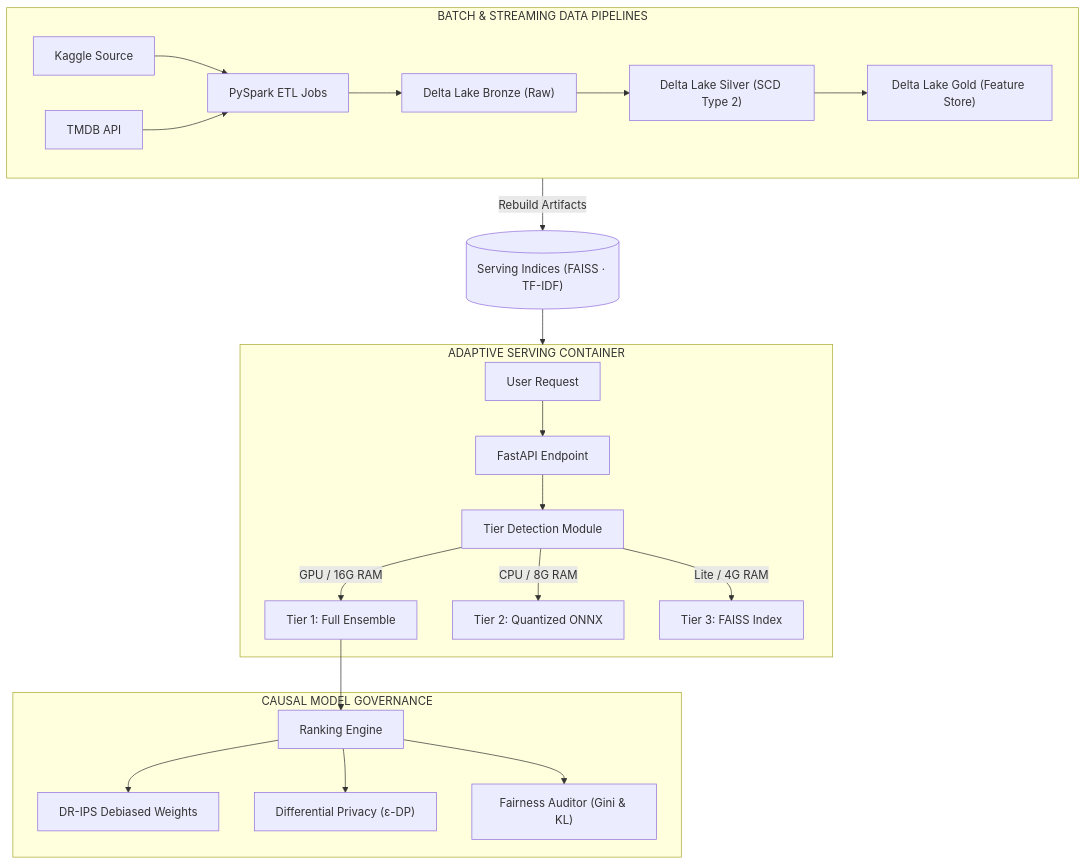
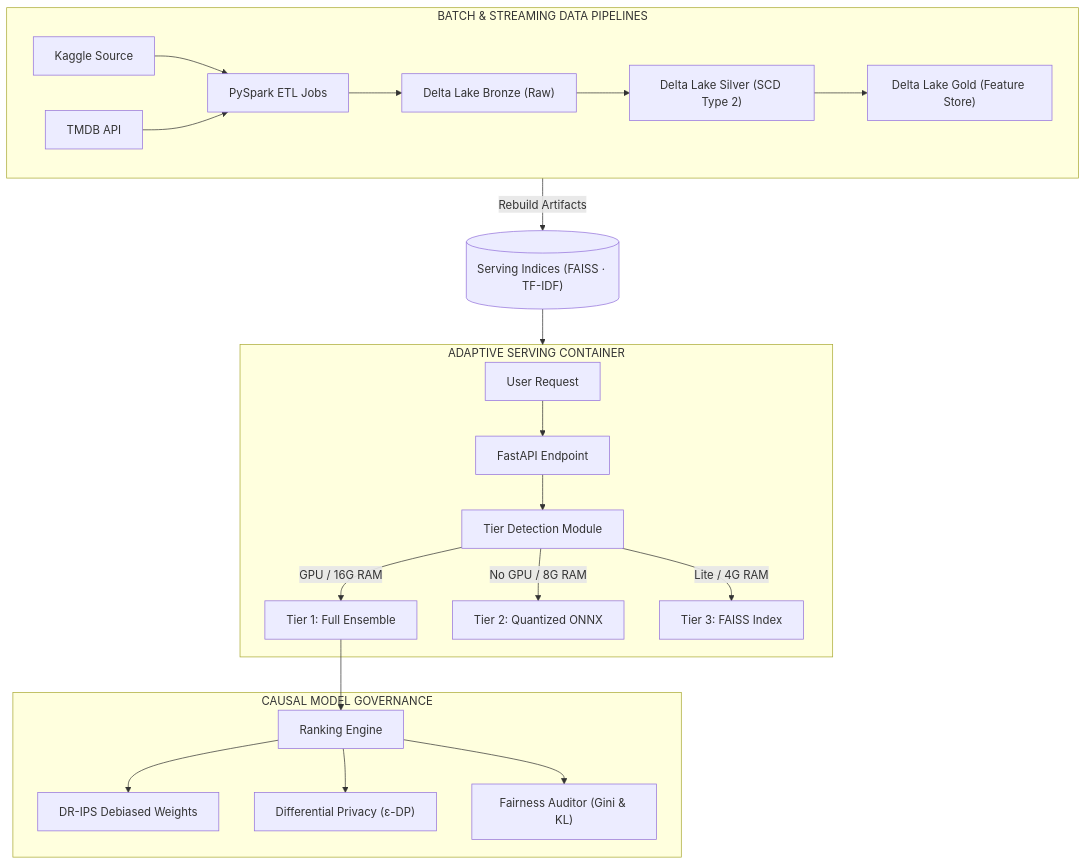
One commit to pavan-badempet/Movie-Recommendation-System changed the diagram in README.md. Above: the diagram before and after it, drawn with Mermaid. The commit also changed other lines of this file, not shown here.

````diff
--- a/README.md
+++ b/README.md
@@ -86,28 +75,28 @@
 ```mermaid
 flowchart TD
     subgraph DataPipeline["BATCH & STREAMING DATA PIPELINES"]
         Kaggle["Kaggle Source"] --> ETL["PySpark ETL Jobs"]
         TMDB["TMDB API"] --> ETL
         ETL --> Bronze["Delta Lake Bronze (Raw)"]
         Bronze --> Silver["Delta Lake Silver (SCD Type 2)"]
         Silver --> Gold["Delta Lake Gold (Feature Store)"]
     end
 
     subgraph Serving["ADAPTIVE SERVING CONTAINER"]
         U["User Request"] --> API["FastAPI Endpoint"]
         API --> Tier["Tier Detection Module"]
         Tier -->|GPU / 16G RAM| T1["Tier 1: Full Ensemble"]
-        Tier -->|CPU / 8G RAM| T2["Tier 2: Quantized ONNX"]
+        Tier -->|No GPU / 8G RAM| T2["Tier 2: Quantized ONNX"]
         Tier -->|Lite / 4G RAM| T3["Tier 3: FAISS Index"]
     end
 
     subgraph Evaluation["CAUSAL MODEL GOVERNANCE"]
         T1 --> Rank["Ranking Engine"]
         Rank --> IPS["DR-IPS Debiased Weights"]
         Rank --> DP["Differential Privacy (ε-DP)"]
         Rank --> FA["Fairness Auditor (Gini & KL)"]
     end
 
     DataPipeline -->|Rebuild Artifacts| Artifacts[("Serving Indices (FAISS · TF-IDF)")]
     Artifacts --> Serving
 ```
````
